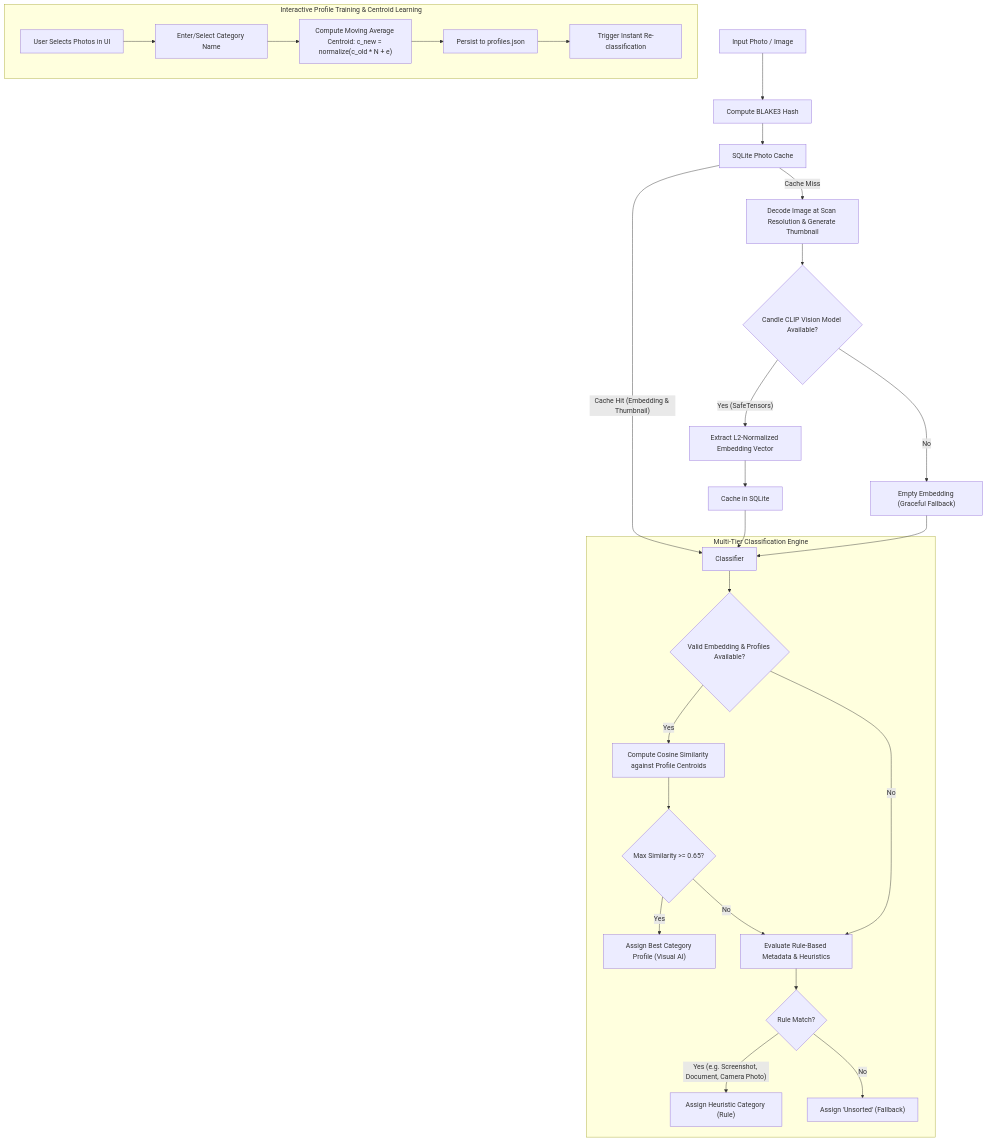
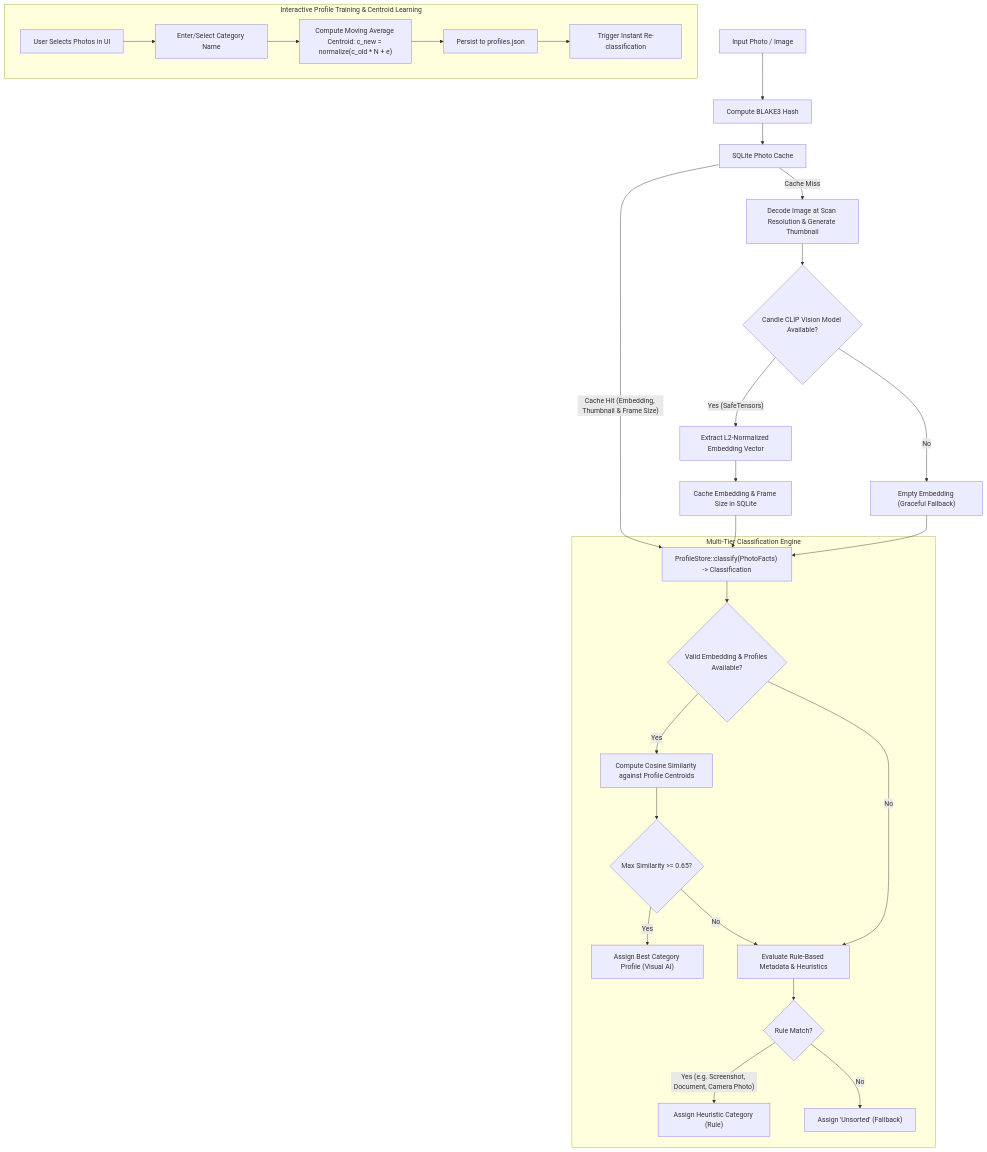
The diagram in docs/classification_pipeline.md (tsonnen/photo-organizer), drawn with Mermaid before and after one commit. The commit also changed other lines of this file and 14 other files, not shown here.

````diff
--- a/docs/classification_pipeline.md
+++ b/docs/classification_pipeline.md
@@ -5,32 +5,32 @@
 ```mermaid
 flowchart TD
     A["Input Photo / Image"] --> B["Compute BLAKE3 Hash"]
     B --> C["SQLite Photo Cache"]
-    C -->|"Cache Hit (Embedding & Thumbnail)"| G["Classifier"]
+    C -->|"Cache Hit (Embedding, Thumbnail & Frame Size)"| G["ProfileStore::classify"]
     C -->|"Cache Miss"| D["Decode Image at Scan Resolution & Generate Thumbnail"]
     D --> E{"Candle CLIP Vision Model Available?"}
     E -->|"Yes (SafeTensors)"| F1["Extract L2-Normalized Embedding Vector"]
     E -->|"No"| F2["Empty Embedding (Graceful Fallback)"]
-    F1 --> F3["Cache in SQLite"]
+    F1 --> F3["Cache Embedding & Frame Size in SQLite"]
     F3 --> G
     F2 --> G
 
     subgraph Classifier ["Multi-Tier Classification Engine"]
-        G --> H{"Valid Embedding & Profiles Available?"}
+        G["ProfileStore::classify(PhotoFacts) -> Classification"] --> H{"Valid Embedding & Profiles Available?"}
         H -->|"Yes"| I["Compute Cosine Similarity against Profile Centroids"]
         I --> J{"Max Similarity >= 0.65?"}
         J -->|"Yes"| K["Assign Best Category Profile (Visual AI)"]
         J -->|"No"| L["Evaluate Rule-Based Metadata & Heuristics"]
         H -->|"No"| L
         L --> M{"Rule Match?"}
         M -->|"Yes (e.g. Screenshot, Document, Camera Photo)"| N["Assign Heuristic Category (Rule)"]
         M -->|"No"| O["Assign 'Unsorted' (Fallback)"]
     end
 
     subgraph Training ["Interactive Profile Training & Centroid Learning"]
         P["User Selects Photos in UI"] --> Q["Enter/Select Category Name"]
         Q --> R["Compute Moving Average Centroid: c_new = normalize(c_old * N + e)"]
         R --> S["Persist to profiles.json"]
         S --> T["Trigger Instant Re-classification"]
     end
 ```
````
